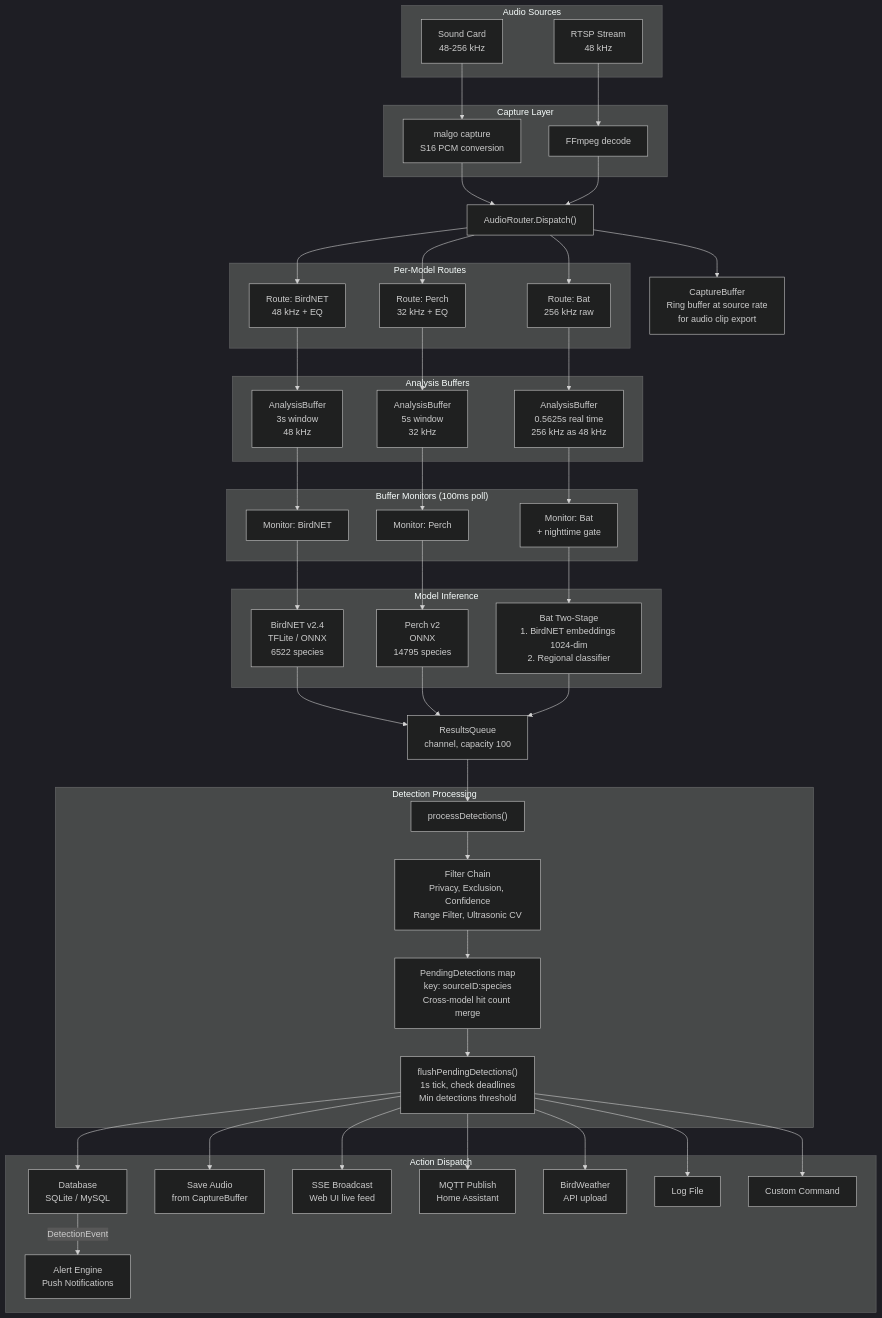
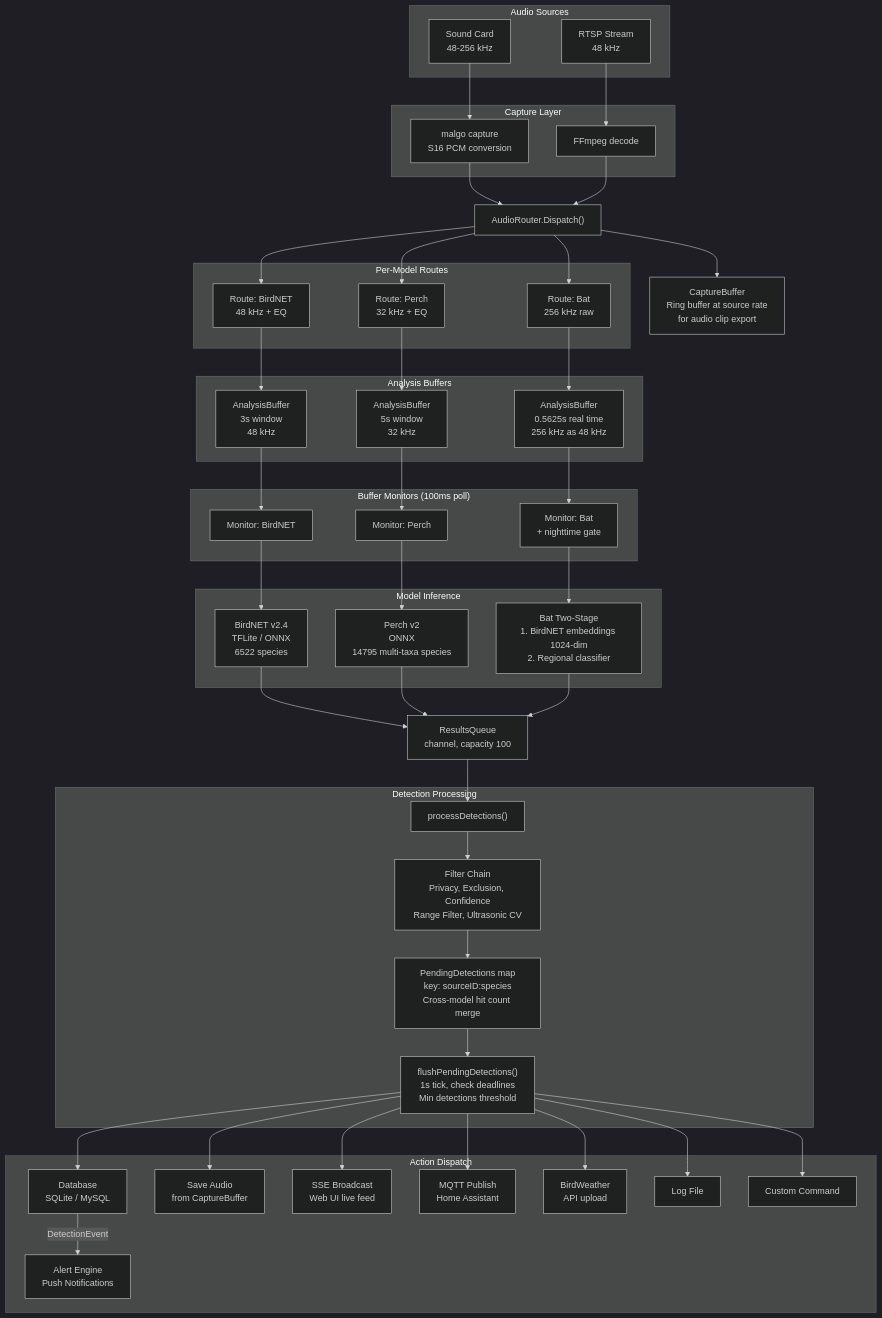
One commit to tphakala/birdnet-go changed the sixth of 6 diagrams in doc/wiki/detection-pipeline.md. Above: the diagram before and after it, drawn with Mermaid (dark theme). The commit also changed other lines of this file and 7 other files, not shown here.

First line of the commit message:
feat(classifier): add multi-taxa taxonomy support for Perch v2 (#3209)

```diff
--- a/doc/wiki/detection-pipeline.md
+++ b/doc/wiki/detection-pipeline.md
@@ -335,7 +335,7 @@
 
     subgraph Models["Model Inference"]
         BN["BirdNET v2.4\nTFLite / ONNX\n6522 species"]
-        PC["Perch v2\nONNX\n14795 species"]
+        PC["Perch v2\nONNX\n14795 multi-taxa species"]
         BAT["Bat Two-Stage\n1. BirdNET embeddings 1024-dim\n2. Regional classifier"]
     end
 
```
